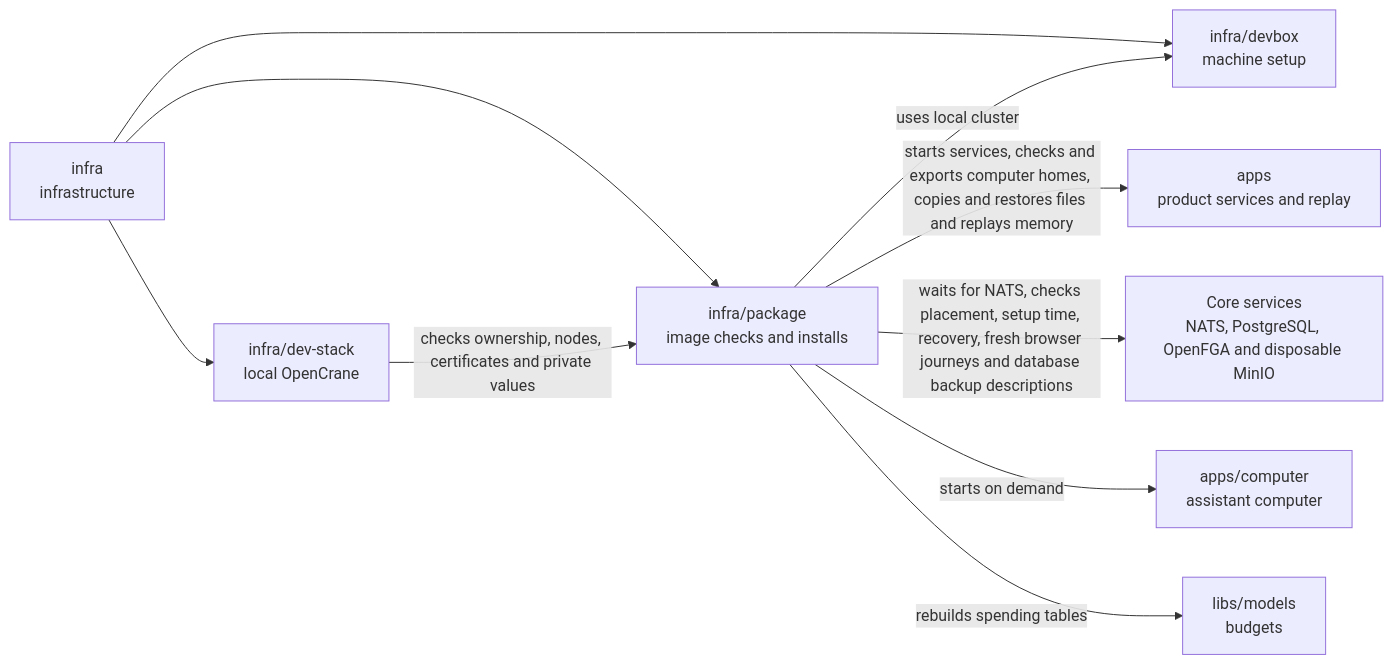
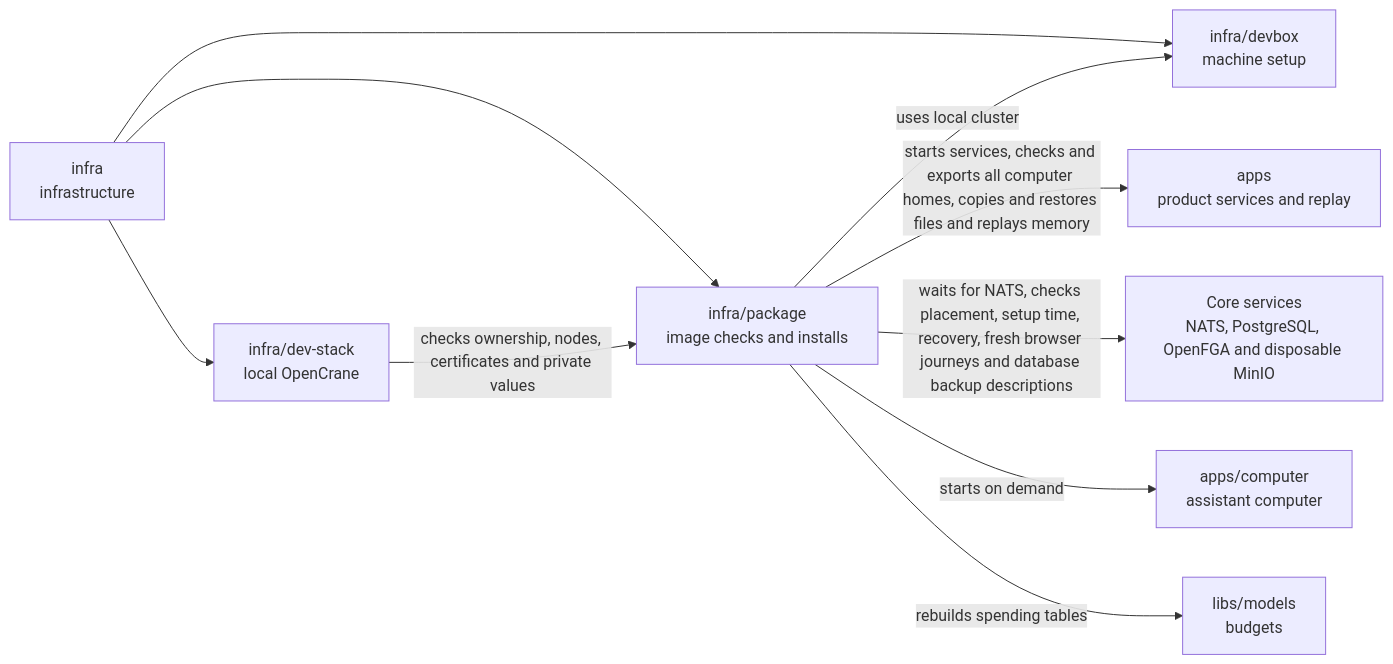
Before and after one commit to elewa-git/opencrane-new: the diagram in infra/package/README.md, drawn with Mermaid. The commit also changed other lines of this file and 5 other files, not shown here.

````diff
--- a/infra/package/README.md
+++ b/infra/package/README.md
@@ -19,12 +19,12 @@
 ```mermaid
 flowchart LR
   infra["infra<br/>infrastructure"] --> package["infra/package<br/>image checks and installs"]
   infra --> stack["infra/dev-stack<br/>local OpenCrane"]
   infra --> devbox["infra/devbox<br/>machine setup"]
   stack -->|checks ownership, nodes, certificates and private values| package
   package -->|uses local cluster| devbox
-  package -->|starts services, checks and exports computer homes, copies and restores files and replays memory| apps["apps<br/>product services and replay"]
+  package -->|starts services, checks and exports all computer homes, copies and restores files and replays memory| apps["apps<br/>product services and replay"]
   package -->|waits for NATS, checks placement, setup time, recovery, fresh browser journeys and database backup descriptions| services["Core services<br/>NATS, PostgreSQL, OpenFGA and disposable MinIO"]
   package -->|starts on demand| computer["apps/computer<br/>assistant computer"]
   package -->|rebuilds spending tables| models["libs/models<br/>budgets"]
 ```
````
